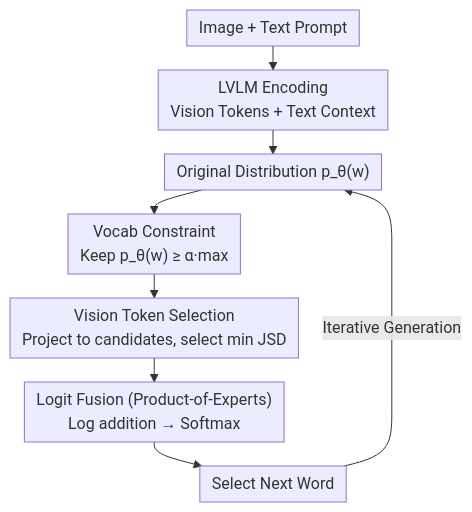
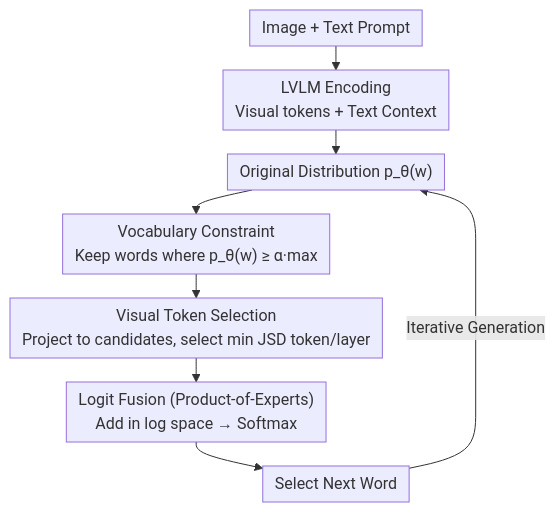
The diagram in docs/ACL2026/multimodal_vlm/revisit_what_you_see_revealing_visual_semantics_in_vision_tokens_to_guide_lvlm_d.md (zhaoyang97/Paper-Notes-en), drawn with Mermaid before and after one commit. The commit also changed other lines of this file and 5084 other files, not shown here.

````diff
--- a/docs/ACL2026/multimodal_vlm/revisit_what_you_see_revealing_visual_semantics_in_vision_tokens_to_guide_lvlm_d.md
+++ b/docs/ACL2026/multimodal_vlm/revisit_what_you_see_revealing_visual_semantics_in_vision_tokens_to_guide_lvlm_d.md
@@ -45,11 +45,11 @@
 ```mermaid
 %%{init: {'flowchart': {'rankSpacing': 24, 'nodeSpacing': 28, 'padding': 6, 'wrappingWidth': 400}}}%%
 flowchart TD
-    A["Image + Text Prompt"] --> B["LVLM Encoding<br/>Vision Tokens + Text Context"]
+    A["Image + Text Prompt"] --> B["LVLM Encoding<br/>Visual tokens + Text Context"]
     B --> C["Original Distribution p_θ(w)"]
-    C --> D["Vocab Constraint<br/>Keep p_θ(w) ≥ α·max"]
-    D --> E["Vision Token Selection<br/>Project to candidates, select min JSD"]
-    E --> F["Logit Fusion (Product-of-Experts)<br/>Log addition → Softmax"]
+    C --> D["Vocabulary Constraint<br/>Keep words where p_θ(w) ≥ α·max"]
+    D --> E["Visual Token Selection<br/>Project to candidates, select min JSD token/layer"]
+    E --> F["Logit Fusion (Product-of-Experts)<br/>Add in log space → Softmax"]
     F --> G["Select Next Word"]
     G -->|Iterative Generation| C
 ```
````
